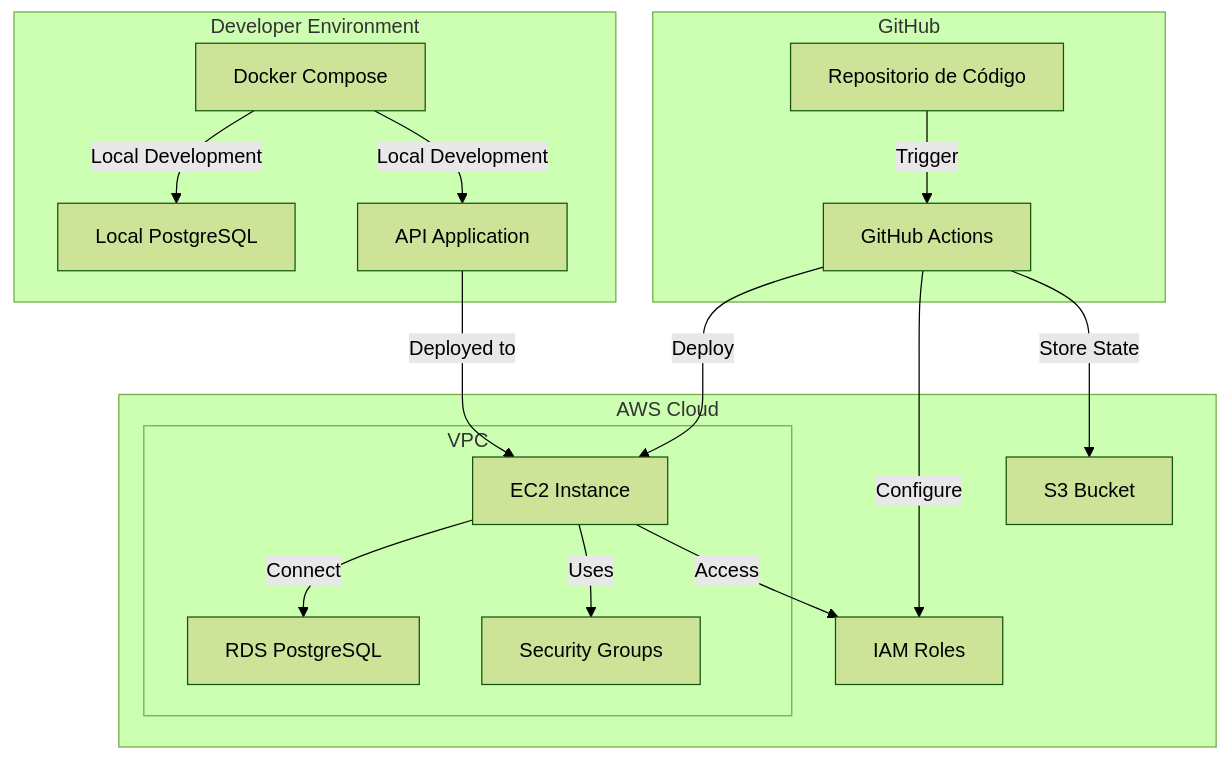
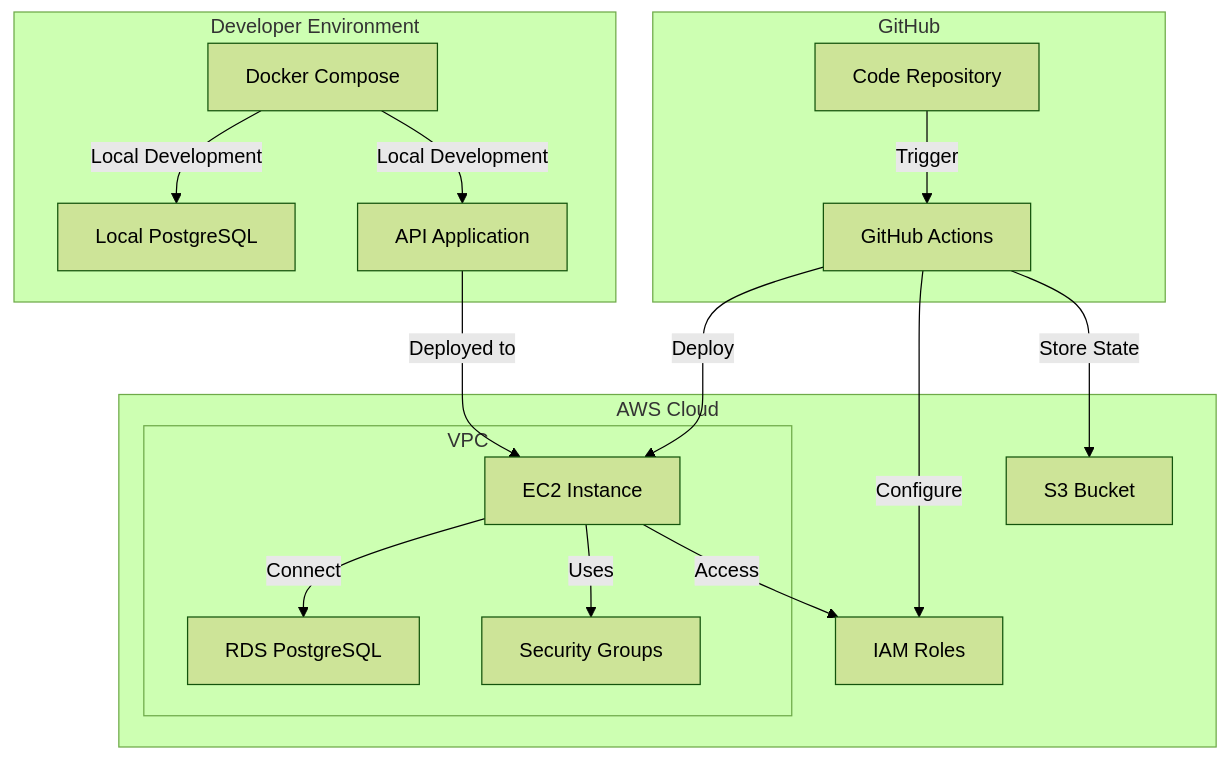
The fourth of 4 diagrams in README.md (Dieg0Code/portfolio_01_player_profile), drawn with Mermaid (forest theme) before and after one commit. The commit also changed other lines of this file, not shown here.

````diff
--- a/README.md
+++ b/README.md
@@ -186,34 +184,34 @@
 ```mermaid
 graph TB
     subgraph "GitHub"
-        A[Repositorio de Código]
+        A[Code Repository]
         B[GitHub Actions]
     end
 
     subgraph "AWS Cloud"
         subgraph "VPC"
             C[EC2 Instance]
             D[RDS PostgreSQL]
             E[Security Groups]
         end
         F[IAM Roles]
         G[S3 Bucket]
     end
 
     subgraph "Developer Environment"
         H[Docker Compose]
         I[Local PostgreSQL]
         J[API Application]
     end
 
     A -->|Trigger| B
     B -->|Deploy| C
     B -->|Configure| F
     B -->|Store State| G
     C -->|Connect| D
     C -->|Uses| E
     C -->|Access| F
     H -->|Local Development| I
     H -->|Local Development| J
     J -->|Deployed to| C
 ```
````
